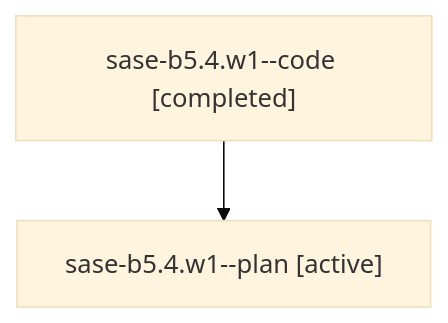
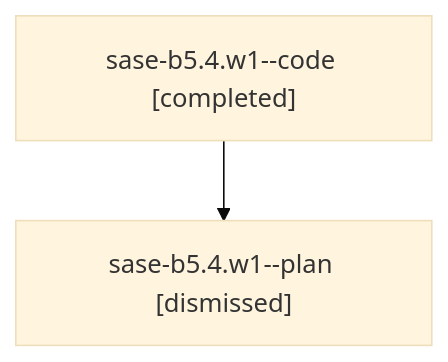
Before and after one commit to sase-org/sase--agents: the diagram in sessions/bbugyi200.athena.sase-b5.4.w1.md, drawn with Mermaid (base theme). The commit also changed other lines of this file and 118 other files, not shown here.

````diff
--- a/sessions/bbugyi200.athena.sase-b5.4.w1.md
+++ b/sessions/bbugyi200.athena.sase-b5.4.w1.md
@@ -9,6 +9,6 @@
 ```mermaid
 flowchart TD
   n0["sase-b5.4.w1--code [completed]"]
-  n1["sase-b5.4.w1--plan [active]"]
+  n1["sase-b5.4.w1--plan [dismissed]"]
   n0 --> n1
 ```
````
